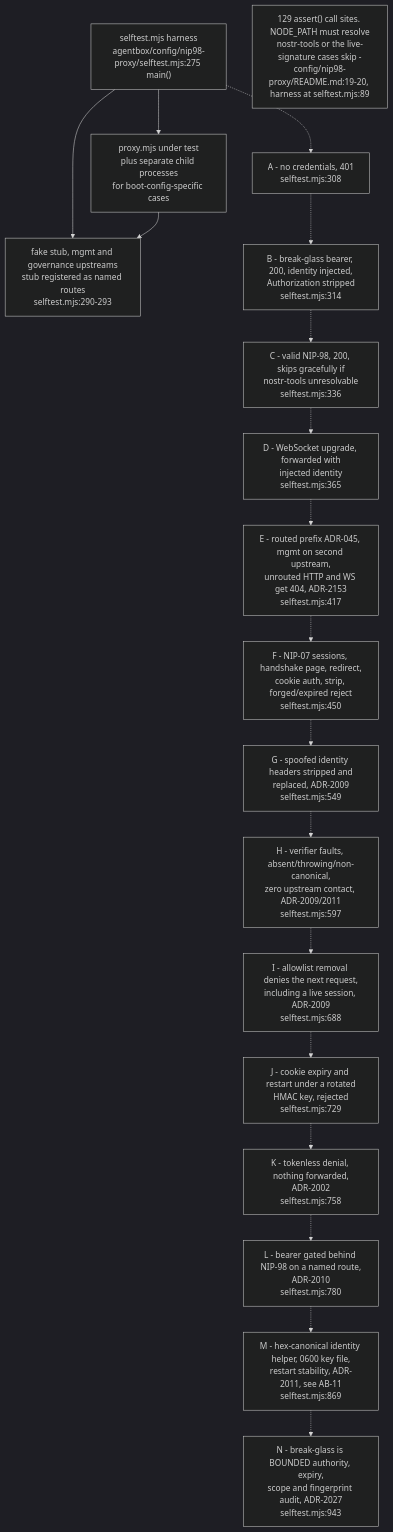
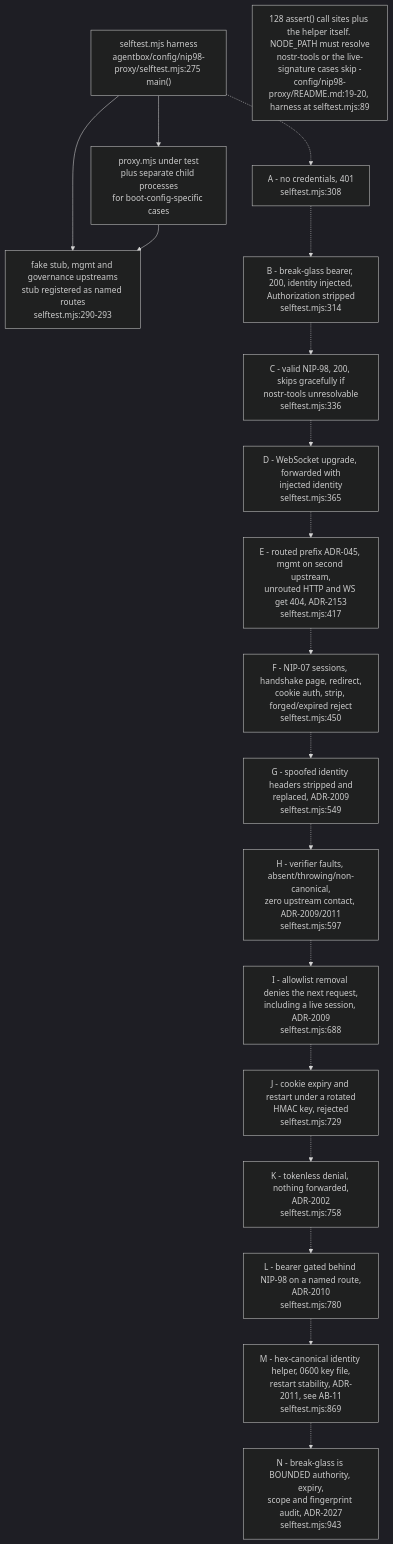
Diagram 12 of 13 in docs/diagrams/agentbox/10-ingress-nip98-proxy-and-aoe.md (DreamLab-AI/VisionFlow), drawn with Mermaid (dark theme) before and after one commit. The commit also changed other lines of this file and 173 other files, not shown here.

````diff
--- a/docs/diagrams/agentbox/10-ingress-nip98-proxy-and-aoe.md
+++ b/docs/diagrams/agentbox/10-ingress-nip98-proxy-and-aoe.md
@@ -502,39 +504,39 @@
 ```mermaid
 flowchart TB
     HARNESS["selftest.mjs harness<br/>agentbox/config/nip98-proxy/selftest.mjs:275 main()"]
     PUT["proxy.mjs under test<br/>plus separate child processes<br/>for boot-config-specific cases"]
     FAKE["fake stub, mgmt and governance upstreams<br/>stub registered as named routes<br/>selftest.mjs:290-293"]
     A["A - no credentials, 401<br/>selftest.mjs:308"]
     B["B - break-glass bearer, 200, identity injected,<br/>Authorization stripped<br/>selftest.mjs:314"]
     C["C - valid NIP-98, 200, skips gracefully if<br/>nostr-tools unresolvable<br/>selftest.mjs:336"]
     D["D - WebSocket upgrade, forwarded with<br/>injected identity<br/>selftest.mjs:365"]
     E["E - routed prefix ADR-045, mgmt on second upstream,<br/>unrouted HTTP and WS get 404, ADR-2153<br/>selftest.mjs:417"]
     F["F - NIP-07 sessions, handshake page, redirect,<br/>cookie auth, strip, forged/expired reject<br/>selftest.mjs:450"]
     G["G - spoofed identity headers stripped and<br/>replaced, ADR-2009<br/>selftest.mjs:549"]
     H["H - verifier faults, absent/throwing/non-canonical,<br/>zero upstream contact, ADR-2009/2011<br/>selftest.mjs:597"]
     I["I - allowlist removal denies the next request,<br/>including a live session, ADR-2009<br/>selftest.mjs:688"]
     J["J - cookie expiry and restart under a rotated<br/>HMAC key, rejected<br/>selftest.mjs:729"]
     K["K - tokenless denial, nothing forwarded,<br/>ADR-2002<br/>selftest.mjs:758"]
     L["L - bearer gated behind NIP-98 on a named route,<br/>ADR-2010<br/>selftest.mjs:780"]
     M["M - hex-canonical identity helper, 0600 key file,<br/>restart stability, ADR-2011, see AB-11<br/>selftest.mjs:869"]
     N["N - break-glass is BOUNDED authority, expiry,<br/>scope and fingerprint audit, ADR-2027<br/>selftest.mjs:943"]
-    NOTE1["129 assert() call sites. NODE_PATH must resolve<br/>nostr-tools or the live-signature cases skip -<br/>config/nip98-proxy/README.md:19-20, harness at selftest.mjs:89"]
+    NOTE1["128 assert() call sites plus the helper itself. NODE_PATH must resolve<br/>nostr-tools or the live-signature cases skip -<br/>config/nip98-proxy/README.md:19-20, harness at selftest.mjs:89"]
 
     HARNESS --> PUT
     HARNESS --> FAKE
     PUT --> FAKE
     HARNESS -.-> A
     A -.-> B
     B -.-> C
     C -.-> D
     D -.-> E
     E -.-> F
     F -.-> G
     G -.-> H
     H -.-> I
     I -.-> J
     J -.-> K
     K -.-> L
     L -.-> M
     M -.-> N
 ```
````
